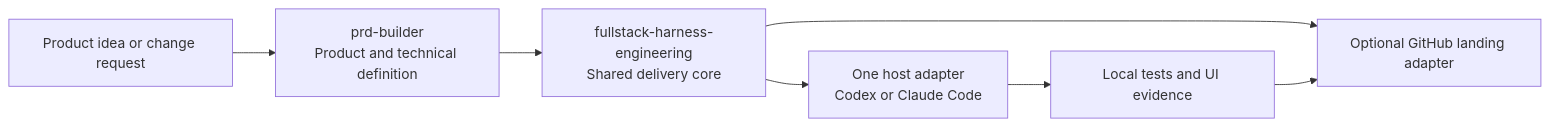
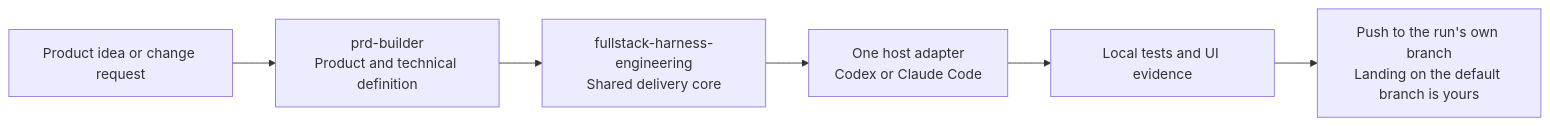
The first of 2 diagrams in README.md (Phlegonlabs/product-delivery-harness), drawn with Mermaid before and after one commit. The commit also changed other lines of this file and 12 other files, not shown here.

First line of the commit message:
fix(harness): scrub stale landing/deploy contract from READMEs and runtime

````diff
--- a/README.md
+++ b/README.md
@@ -63,9 +63,8 @@
 ```mermaid
 flowchart LR
   Idea["Product idea or change request"] --> PRD["prd-builder\nProduct and technical definition"]
   PRD --> Harness["fullstack-harness-engineering\nShared delivery core"]
   Harness --> Runtime["One host adapter\nCodex or Claude Code"]
-  Harness --> Landing["Optional GitHub landing adapter"]
   Runtime --> Evidence["Local tests and UI evidence"]
-  Evidence --> Landing
+  Evidence --> Push["Push to the run's own branch\nLanding on the default branch is yours"]
 ```
````
